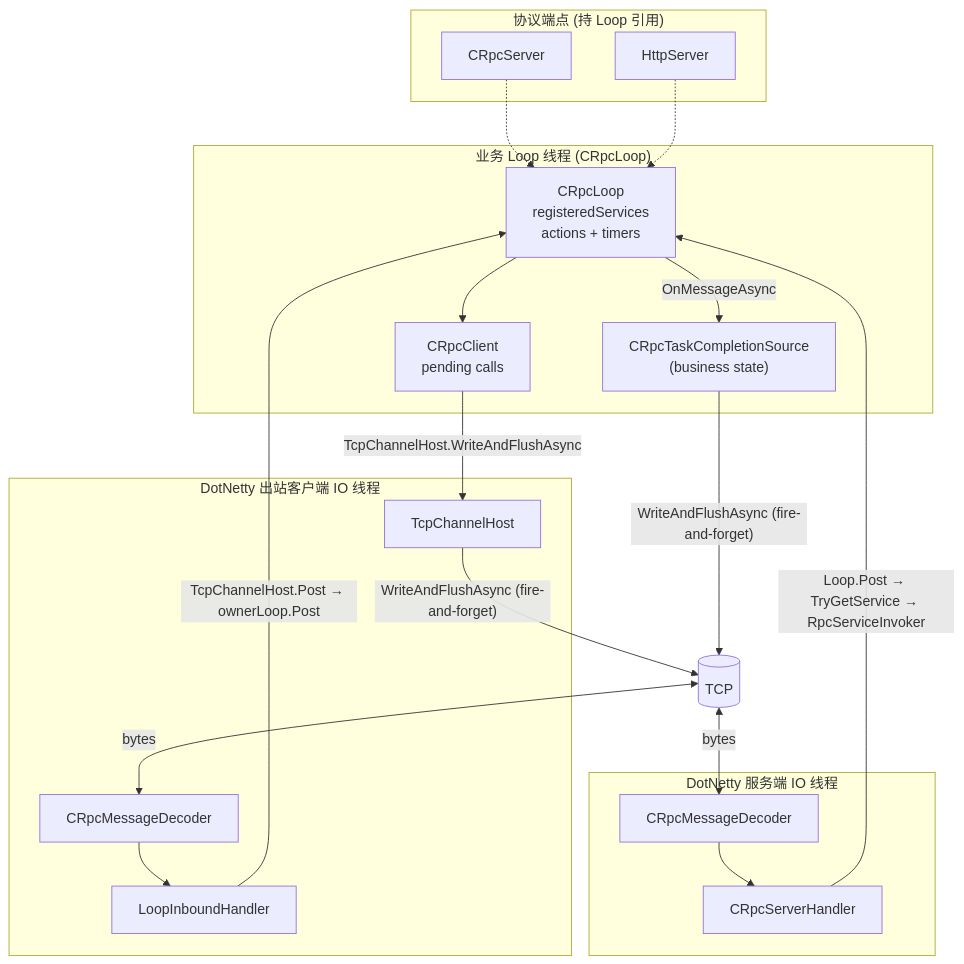
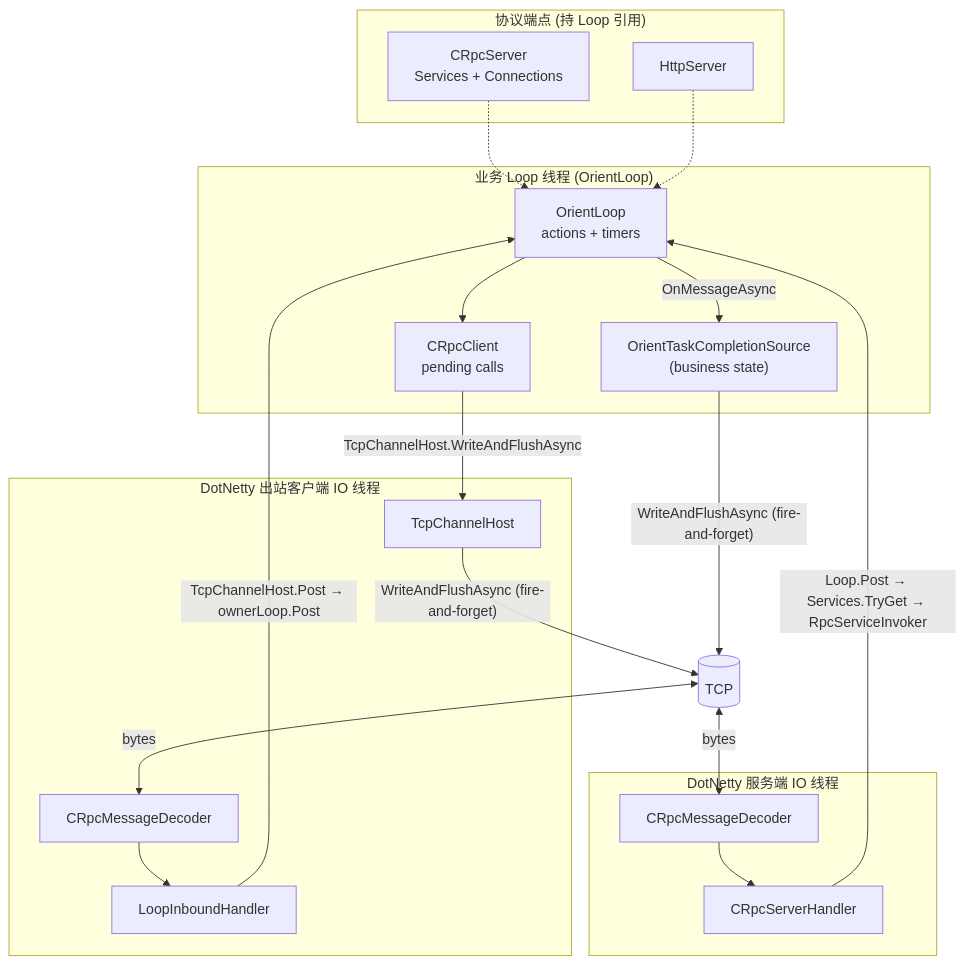
The first of 5 diagrams in Doc/architecture-draft.md (orientye/orientdotnet), drawn with Mermaid before and after one commit. The commit also changed other lines of this file, not shown here.

````diff
--- a/Doc/architecture-draft.md
+++ b/Doc/architecture-draft.md
@@ -136,39 +139,39 @@
 ```mermaid
 flowchart TB
-    subgraph BusinessLoopThread["业务 Loop 线程 (CRpcLoop)"]
-        Loop["CRpcLoop<br/>registeredServices<br/>actions + timers"]
+    subgraph BusinessLoopThread["业务 Loop 线程 (OrientLoop)"]
+        Loop["OrientLoop<br/>actions + timers"]
         Client["CRpcClient<br/>pending calls"]
-        TCS["CRpcTaskCompletionSource<br/>(business state)"]
+        TCS["OrientTaskCompletionSource<br/>(business state)"]
     end
 
     subgraph Endpoints["协议端点 (持 Loop 引用)"]
-        CrpcSrv["CRpcServer"]
+        CrpcSrv["CRpcServer<br/>Services + Connections"]
         HttpSrv["HttpServer"]
     end
 
     subgraph NettyServer["DotNetty 服务端 IO 线程"]
         SH[CRpcServerHandler]
         DecS[CRpcMessageDecoder]
     end
 
     subgraph NettyClient["DotNetty 出站客户端 IO 线程"]
         Host[TcpChannelHost]
         LIH[LoopInboundHandler]
         DecC[CRpcMessageDecoder]
     end
 
     Net[(TCP)]
 
     CrpcSrv -.-> Loop
     HttpSrv -.-> Loop
     Net <-- bytes --> DecS --> SH
-    SH -- "Loop.Post → TryGetService → RpcServiceInvoker" --> Loop
+    SH -- "Loop.Post → Services.TryGet → RpcServiceInvoker" --> Loop
     Loop -- "OnMessageAsync" --> TCS
     TCS -- "WriteAndFlushAsync (fire-and-forget)" --> Net
 
     Net <-- bytes --> DecC --> LIH
     LIH -- "TcpChannelHost.Post → ownerLoop.Post" --> Loop
     Loop --> Client
     Client -- "TcpChannelHost.WriteAndFlushAsync" --> Host
     Host -- "WriteAndFlushAsync (fire-and-forget)" --> Net
 ```
````
